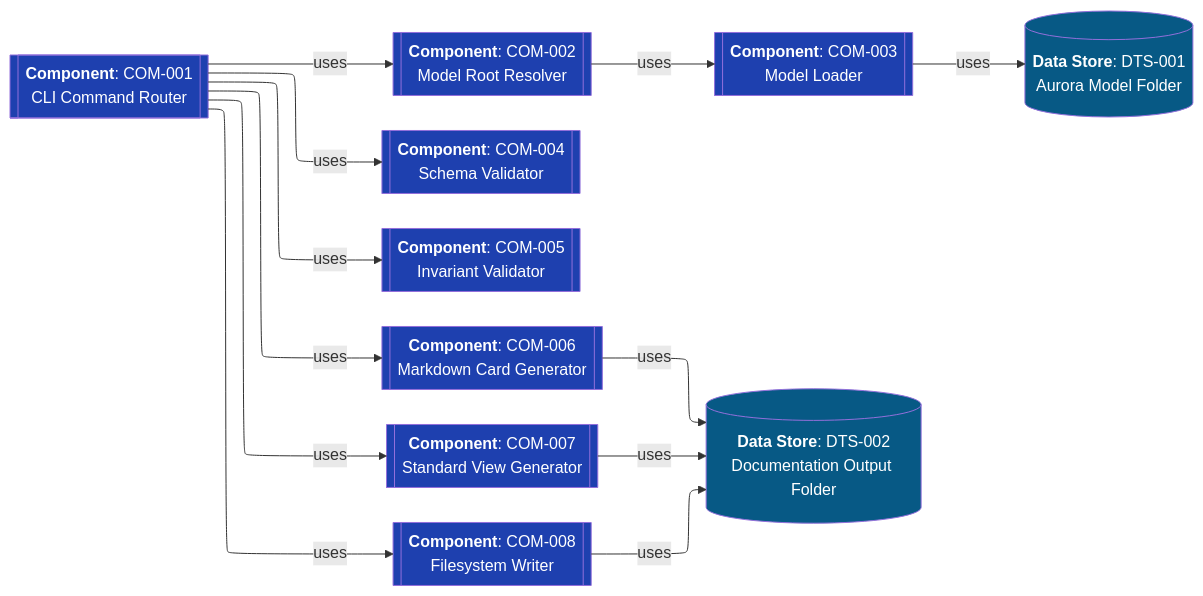
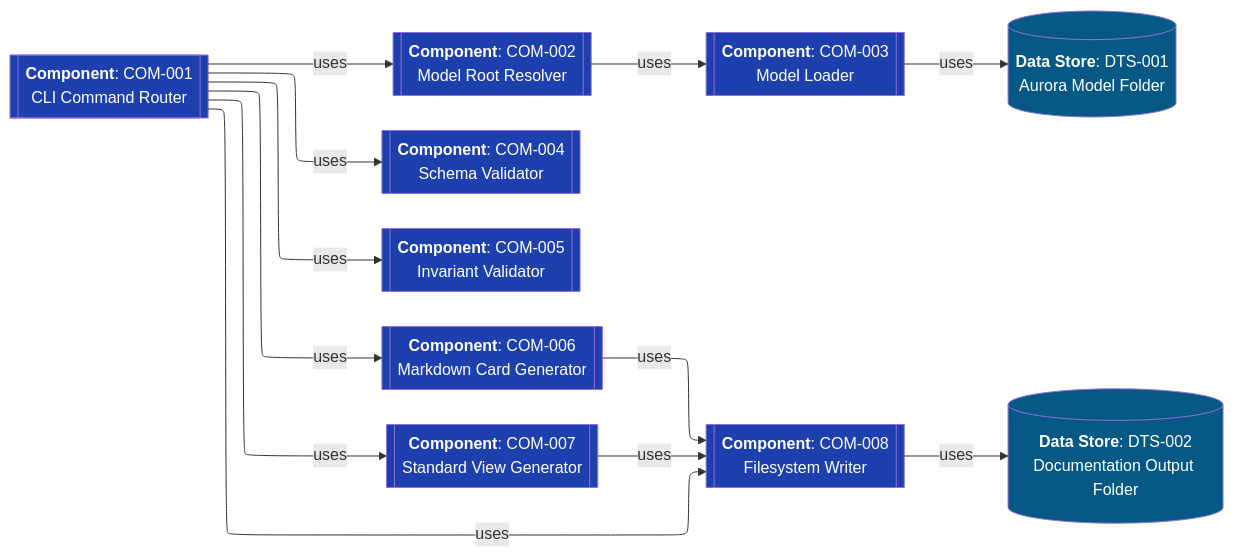
Before and after one commit to JEleniel/aurora: the diagram in docs/design/MIS-001/Deployment.view.md, drawn with Mermaid. The commit also changed other lines of this file and 141 other files, not shown here.

````diff
--- a/docs/design/MIS-001/Deployment.view.md
+++ b/docs/design/MIS-001/Deployment.view.md
@@ -3,65 +3,65 @@
 ```mermaid
 %%{init: {'flowchart': {'defaultRenderer': 'elk'}, 'themeVariables': { 'clusterBkg': 'transparent' }}}%%
 graph LR
 
 
 	COM-001[["`**Component**: COM-001<br />CLI Command Router`"]]
 	COM-002[["`**Component**: COM-002<br />Model Root Resolver`"]]
 	COM-003[["`**Component**: COM-003<br />Model Loader`"]]
 	COM-004[["`**Component**: COM-004<br />Schema Validator`"]]
 	COM-005[["`**Component**: COM-005<br />Invariant Validator`"]]
 	COM-006[["`**Component**: COM-006<br />Markdown Card Generator`"]]
 	COM-007[["`**Component**: COM-007<br />Standard View Generator`"]]
 	COM-008[["`**Component**: COM-008<br />Filesystem Writer`"]]
 	DTS-001[("`**Data Store**: DTS-001<br />Aurora Model Folder`")]
 	DTS-002[("`**Data Store**: DTS-002<br />Documentation Output Folder`")]
 
 
 	COM-001 -- uses --> COM-002;
 	COM-001 -- uses --> COM-004;
 	COM-001 -- uses --> COM-005;
 	COM-001 -- uses --> COM-006;
 	COM-001 -- uses --> COM-007;
 	COM-001 -- uses --> COM-008;
 	COM-002 -- uses --> COM-003;
 	COM-003 -- uses --> DTS-001;
-	COM-006 -- uses --> DTS-002;
-	COM-007 -- uses --> DTS-002;
+	COM-006 -- uses --> COM-008;
+	COM-007 -- uses --> COM-008;
 	COM-008 -- uses --> DTS-002;
 
 
 classDef cls_boundary stroke-dasharray:5 5,stroke-width:4;
 classDef cls_mission fill:#022c22,color:#FFFFFF
 classDef cls_driver fill:#064e3b,color:#FFFFFF
 classDef cls_requirement fill:#065f46,color:#FFFFFF
 classDef cls_capability fill:#052e16,color:#FFFFFF
 classDef cls_feature fill:#14532d,color:#FFFFFF
 classDef cls_actor fill:#1a2e05,color:#FFFFFF
 classDef cls_story fill:#365314,color:#FFFFFF;
 classDef cls_condition fill:#422006,color:#FFFFFF
 classDef cls_control fill:#713f12,color:#FFFFFF
 classDef cls_constraint fill:#854d0e,color:#FFFFFF;
 classDef cls_system fill:#172554,color:#FFFFFF
 classDef cls_application fill:#1e3a8a,color:#FFFFFF
 classDef cls_component fill:#1e40af,color:#FFFFFF
 classDef cls_interface fill:#082f49,color:#FFFFFF
 classDef cls_artifact fill:#1e293b,color:#FFFFFF
 classDef cls_asset fill:#334155,color:#FFFFFF;
 classDef cls_data_store fill:#075985,color:#FFFFFF
 classDef cls_test fill:#022c22,color:#FFFFFF;
 classDef cls_deployment fill:#1e1b4b,color:#FFFFFF;
 classDef cls_node fill:#312e81,color:#FFFFFF;
 classDef cls_node_instance fill:#3730a3,color:#FFFFFF;
 classDef cls_process fill:#2e1065,color:#FFFFFF
 classDef cls_activity fill:#4c1d95,color:#FFFFFF
 classDef cls_event fill:#5b21b6,color:#FFFFFF
 classDef cls_state_machine fill:#4a044e,color:#FFFFFF
 classDef cls_state fill:#701a75,color:#FFFFFF
 classDef cls_risk fill:#881337,color:#FFFFFF;
 classDef cls_threat fill:#4c0519,color:#FFFFFF;
 classDef cls_note fill:#1f2937,color:#FFFFFF;
 
 	class COM-001,COM-002,COM-003,COM-004,COM-005,COM-006,COM-007,COM-008 cls_component;
 	class DTS-001,DTS-002 cls_data_store;
 
 ```
````
